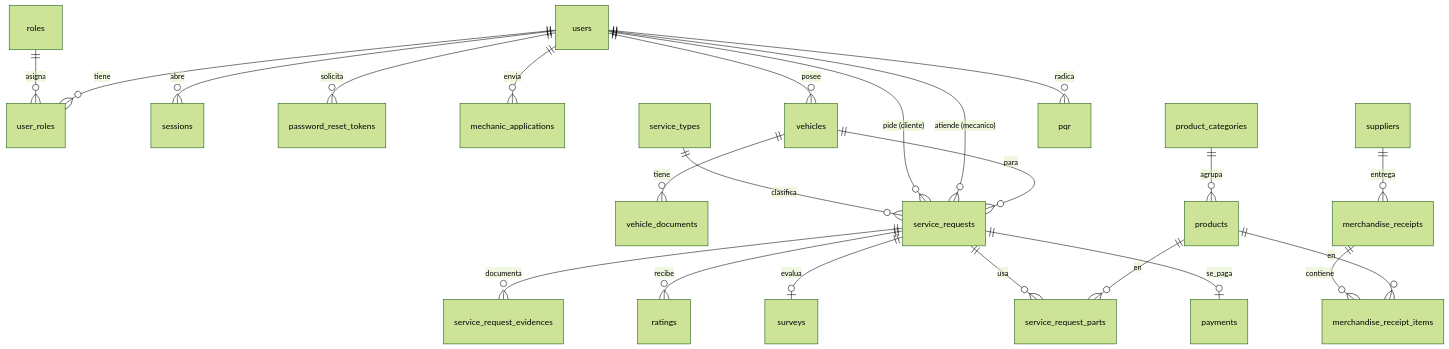
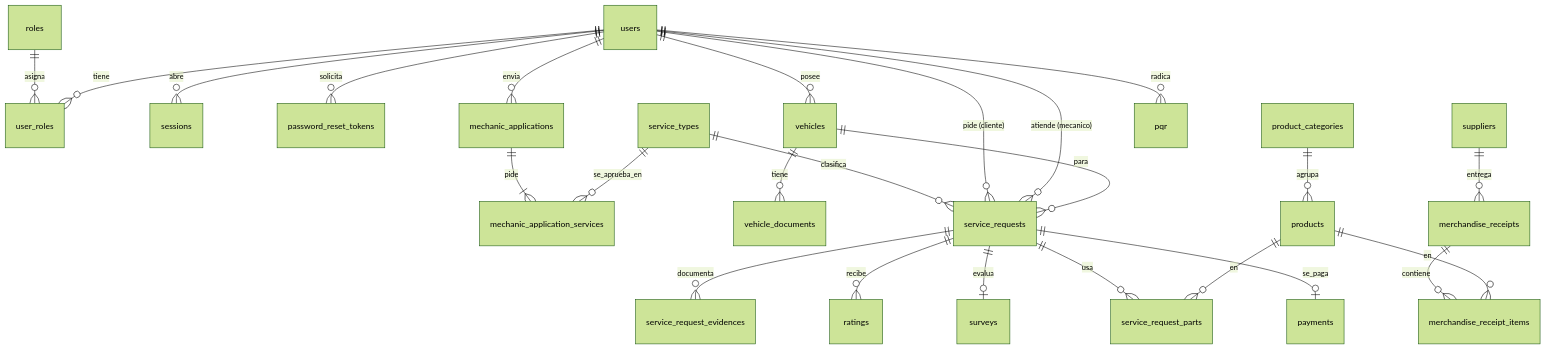
Before and after one commit to angelGut07/App-P.A.R.C.E.: the diagram in docs/BASE_DE_DATOS.md, drawn with Mermaid (forest theme). The commit also changed other lines of this file and 69 other files, not shown here.

````diff
--- a/docs/BASE_DE_DATOS.md
+++ b/docs/BASE_DE_DATOS.md
@@ -7,25 +7,27 @@
 ```mermaid
 erDiagram
     roles ||--o{ user_roles : asigna
     users ||--o{ user_roles : tiene
     users ||--o{ sessions : abre
     users ||--o{ password_reset_tokens : solicita
     users ||--o{ mechanic_applications : envia
+    mechanic_applications ||--|{ mechanic_application_services : pide
+    service_types ||--o{ mechanic_application_services : se_aprueba_en
     users ||--o{ vehicles : posee
     vehicles ||--o{ vehicle_documents : tiene
     service_types ||--o{ service_requests : clasifica
     users ||--o{ service_requests : "pide (cliente)"
     users ||--o{ service_requests : "atiende (mecanico)"
     vehicles ||--o{ service_requests : para
     service_requests ||--o{ service_request_evidences : documenta
     service_requests ||--o{ ratings : recibe
     service_requests ||--o| surveys : evalua
     service_requests ||--o{ service_request_parts : usa
     service_requests ||--o| payments : se_paga
     products ||--o{ service_request_parts : en
     product_categories ||--o{ products : agrupa
     suppliers ||--o{ merchandise_receipts : entrega
     merchandise_receipts ||--o{ merchandise_receipt_items : contiene
     products ||--o{ merchandise_receipt_items : en
     users ||--o{ pqr : radica
 ```
````
